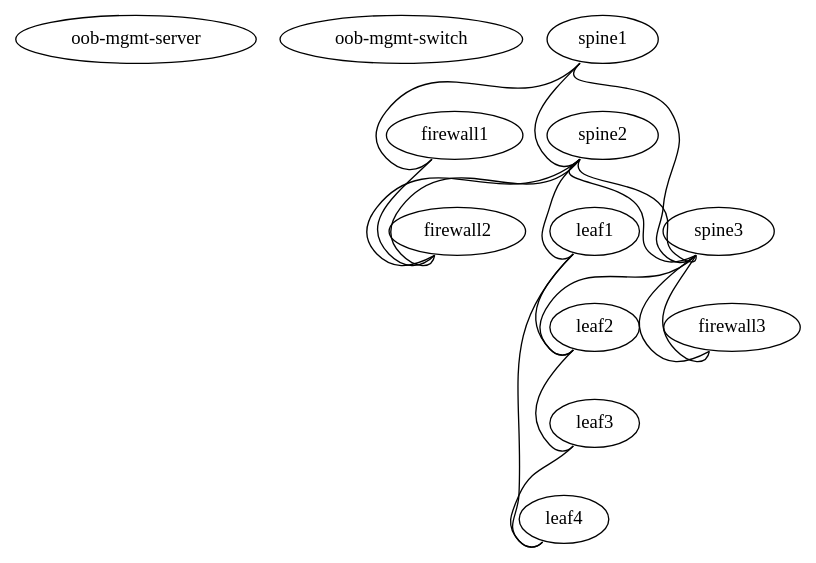
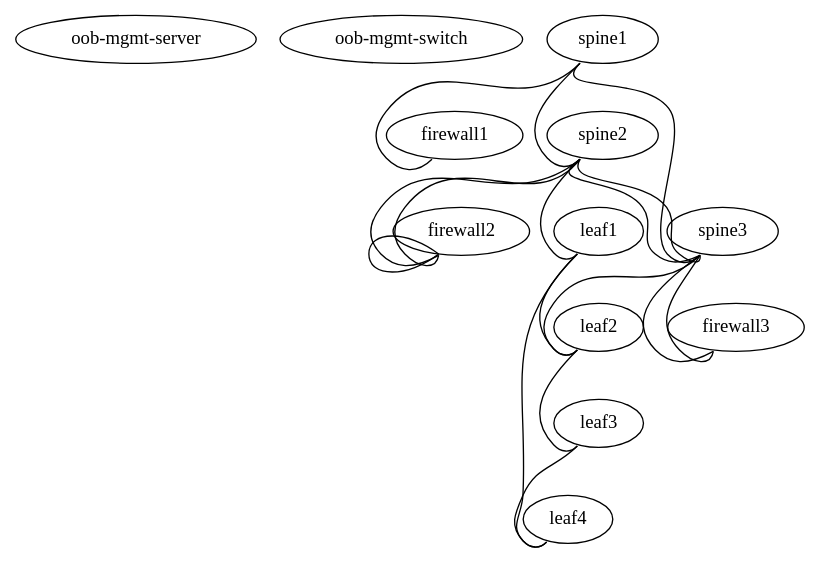
Before and after one commit to naturalis/oss-network-demo: the diagram in demo.dot, drawn with Graphviz.

```diff
--- a/demo.dot
+++ b/demo.dot
@@ -1,39 +1,39 @@
 graph demo {
  "oob-mgmt-server" [function="oob-server" config="./helper_scripts/oob_switch_config.sh" mgmt_ip="192.168.200.254/24"]
  "oob-mgmt-switch" [function="oob-switch" config="./helper_scripts/oob_switch_config.sh" mgmt_ip="192.168.200.100"]
 
  "firewall1" [function="fake"]
  "firewall2" [function="fake"]
  "firewall3" [function="fake"]
 
  "spine1" [function="spine" config="./helper_scripts/extra_switch_config.sh" mgmt_ip="192.168.200.1"]
  "spine2" [function="spine" config="./helper_scripts/extra_switch_config.sh" mgmt_ip="192.168.200.2"]
  "spine3" [function="spine" config="./helper_scripts/extra_switch_config.sh" mgmt_ip="192.168.200.3"]
   
  "leaf1" [function="leaf" config="./helper_scripts/extra_switch_config.sh" mgmt_ip="192.168.200.10"]
  "leaf2" [function="leaf" config="./helper_scripts/extra_switch_config.sh" mgmt_ip="192.168.200.20"]
  "leaf3" [function="leaf" config="./helper_scripts/extra_switch_config.sh" mgmt_ip="192.168.200.30"]
  "leaf4" [function="leaf" config="./helper_scripts/extra_switch_config.sh" mgmt_ip="192.168.200.40"]
 
    "spine1":"swp47" -- "firewall1":"swp1"
    "spine1":"swp1" -- "spine2":"swp47"
    "spine1":"swp2" -- "spine3":"swp47"
    
    "spine2":"swp45" -- "firewall2":"swp0"
    "spine2":"swp46" -- "firewall2":"swp1"
    "spine3":"swp45" -- "firewall3":"swp0"
    "spine3":"swp46" -- "firewall3":"swp1"
    
-   "firewall1":"swp2" -- "firewall2":"swp2"
+   "firewall2":"swp2" -- "firewall2":"swp3"
 
    "spine2":"swp49" -- "spine3":"swp49"
    "spine2":"swp50" -- "spine3":"swp50"
 
    "spine2":"swp1" -- "leaf1":"swp52"
    "spine3":"swp1" -- "leaf2":"swp52"
 
    "leaf1":"swp50" -- "leaf2":"swp50"
    "leaf3":"swp50" -- "leaf4":"swp50"
    "leaf1":"swp49" -- "leaf4":"swp52"
    "leaf2":"swp49" -- "leaf3":"swp52"
 }
```
